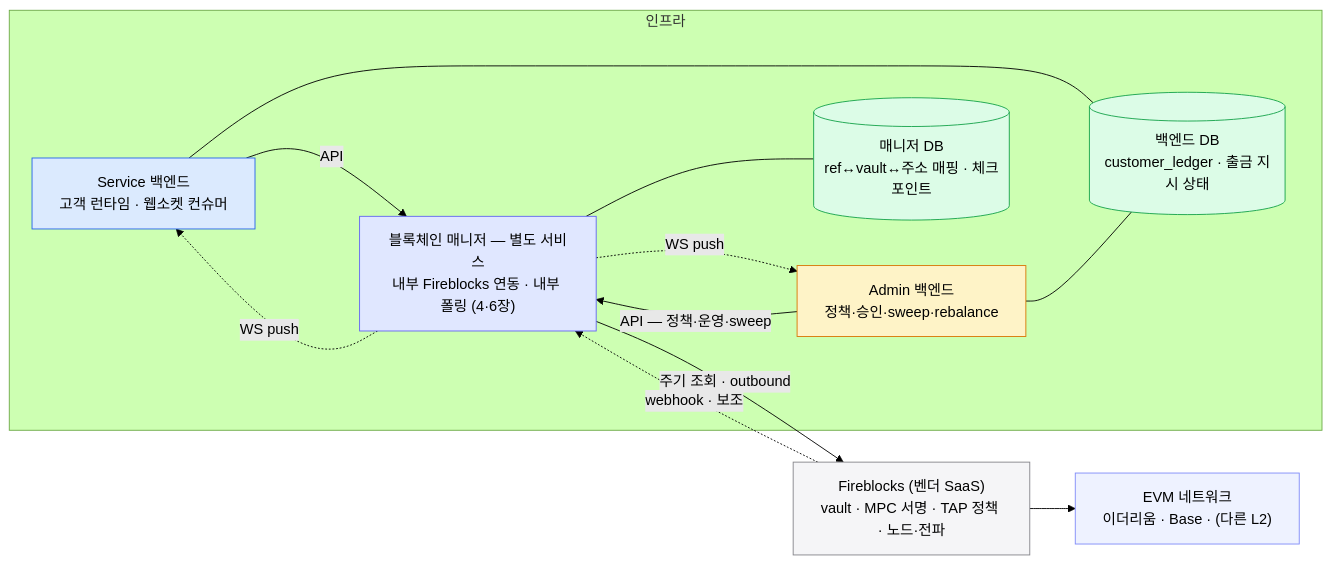
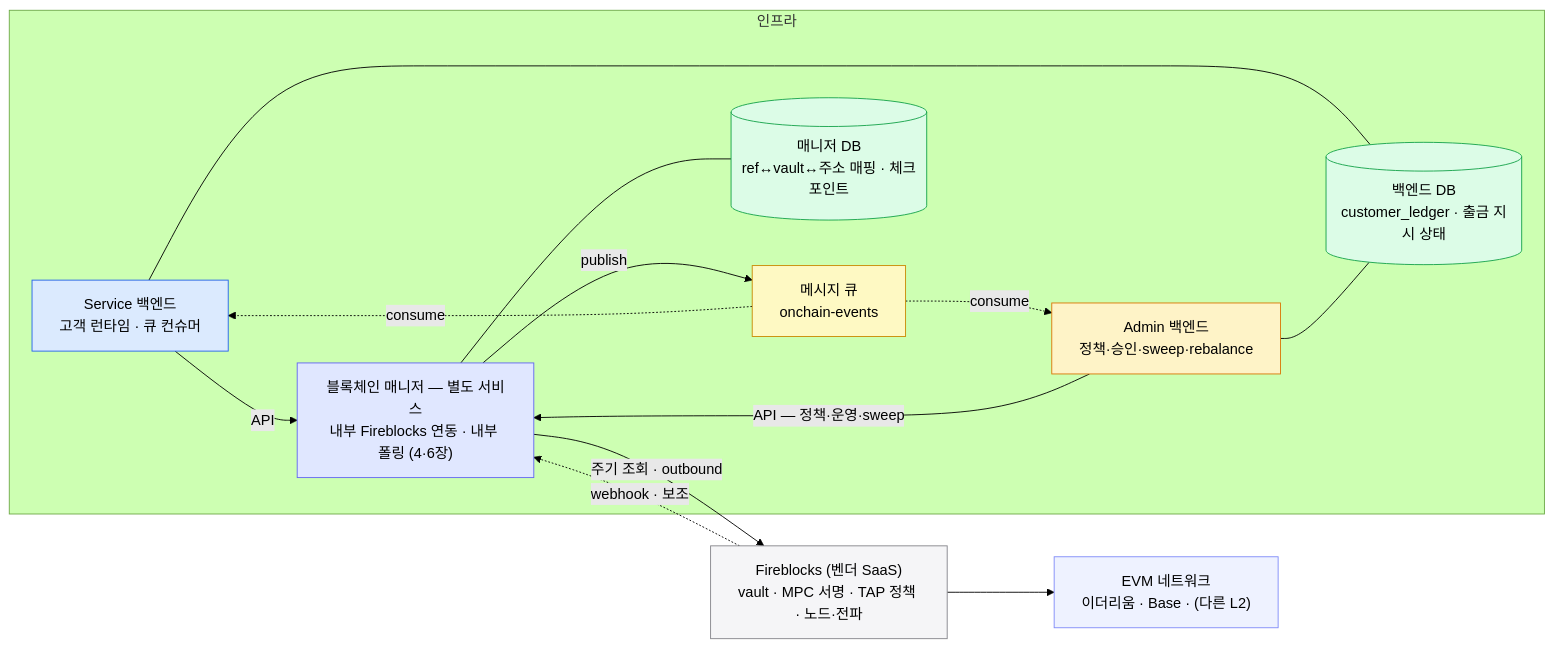
Before and after one commit to eunsujeo/eunpus: the fourth of 4 diagrams in blockchain-manager/docs/설계/09-switch-extend.md, drawn with Mermaid (forest theme). The commit also changed other lines of this file and 6 other files, not shown here.

First line of the commit message:
칸반 문서: 이벤트 채널 웹소켓 → 메시지 큐 전환

````diff
--- a/blockchain-manager/docs/설계/09-switch-extend.md
+++ b/blockchain-manager/docs/설계/09-switch-extend.md
@@ -114,31 +117,34 @@
 ```mermaid
 flowchart LR
     subgraph OUR["인프라"]
-      SAPI["Service 백엔드<br/>고객 런타임 · 웹소켓 컨슈머"]
+      SAPI["Service 백엔드<br/>고객 런타임 · 큐 컨슈머"]
       AAPI["Admin 백엔드<br/>정책·승인·sweep·rebalance"]
       DB[("백엔드 DB<br/>customer_ledger · 출금 지시 상태")]
+      MQ["메시지 큐<br/>onchain-events"]
       BM["블록체인 매니저 — 별도 서비스<br/>내부 Fireblocks 연동 · 내부 폴링 (4·6장)"]
       BMDB[("매니저 DB<br/>ref↔vault↔주소 매핑 · 체크포인트")]
     end
     FB["Fireblocks (벤더 SaaS)<br/>vault · MPC 서명 · TAP 정책 · 노드·전파"]
     EVM["EVM 네트워크<br/>이더리움 · Base · (다른 L2)"]
 
     SAPI -->|API| BM
     AAPI -->|API — 정책·운영·sweep| BM
-    BM -.->|WS push| SAPI
-    BM -.->|WS push| AAPI
+    BM -->|publish| MQ
+    MQ -.->|consume| SAPI
+    MQ -.->|consume| AAPI
     SAPI --- DB
     AAPI --- DB
     BM --- BMDB
     BM -->|주기 조회 · outbound| FB
     FB -.->|webhook · 보조| BM
     FB --> EVM
 
     classDef svc fill:#dbeafe,stroke:#2563eb;
     classDef adm fill:#fef3c7,stroke:#d97706;
     classDef data fill:#dcfce7,stroke:#16a34a;
     classDef mgr fill:#e0e7ff,stroke:#6366f1;
     classDef vendor fill:#f5f5f7,stroke:#86868b;
     classDef ext fill:#eef2ff,stroke:#818cf8;
-    class SAPI svc; class AAPI adm; class DB,BMDB data; class BM mgr; class FB vendor; class EVM ext;
+    classDef mq fill:#fef9c3,stroke:#ca8a04;
+    class SAPI svc; class AAPI adm; class DB,BMDB data; class BM mgr; class FB vendor; class EVM ext; class MQ mq;
 ```
````
